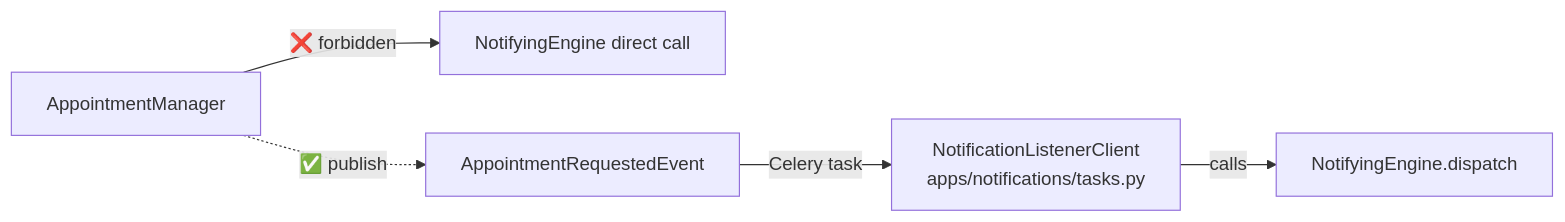
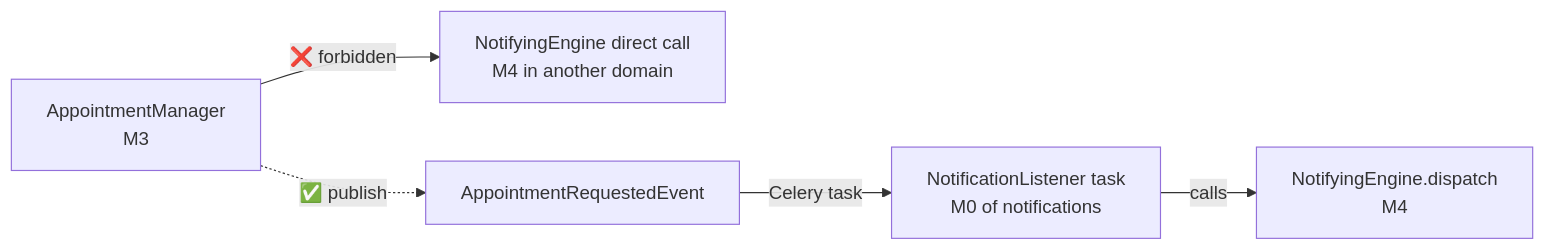
The second of 3 diagrams in docs/01-architecture.md (Jihed17/bna-bank), drawn with Mermaid before and after one commit. The commit also changed other lines of this file and 65 other files, not shown here.

````diff
--- a/docs/01-architecture.md
+++ b/docs/01-architecture.md
@@ -66,7 +97,7 @@
 ```mermaid
 flowchart LR
-    M1[AppointmentManager] -->|❌ forbidden| M2[NotifyingEngine direct call]
-    M1 -.->|✅ publish| EVT[AppointmentRequestedEvent]
-    EVT -->|Celery task| LISTENER[NotificationListenerClient<br/>apps/notifications/tasks.py]
-    LISTENER -->|calls| NE[NotifyingEngine.dispatch]
+    AM[AppointmentManager<br/>M3] -->|❌ forbidden| NE_DIRECT[NotifyingEngine direct call<br/>M4 in another domain]
+    AM -.->|✅ publish| EVT[AppointmentRequestedEvent]
+    EVT -->|Celery task| LISTENER[NotificationListener task<br/>M0 of notifications]
+    LISTENER -->|calls| NE[NotifyingEngine.dispatch<br/>M4]
 ```
````
